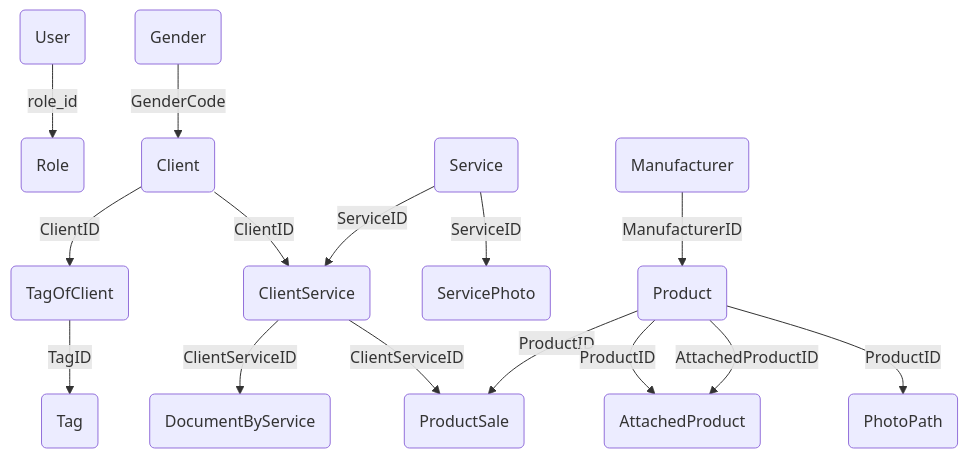
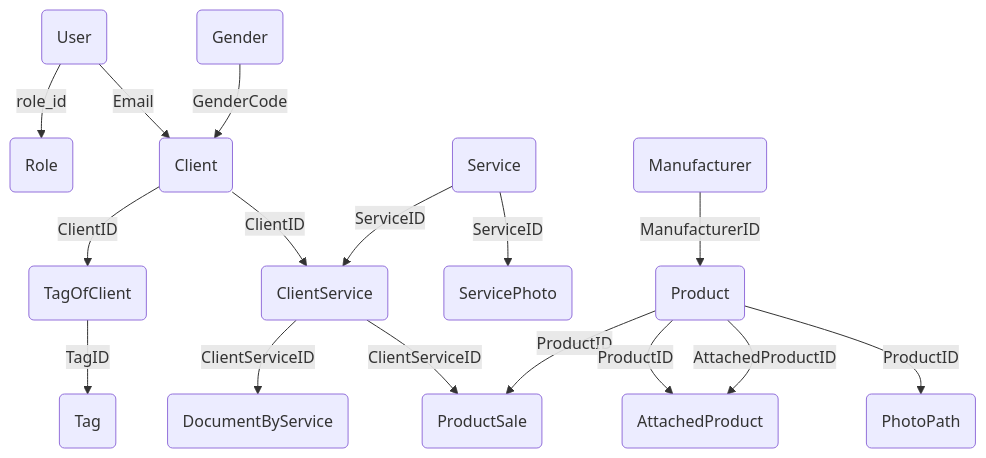
Before and after one commit to LayRosCloud/ListServicesApp: the diagram in README.md, drawn with Mermaid.

````diff
--- a/README.md
+++ b/README.md
@@ -63,17 +63,18 @@
 ```mermaid
 graph TD
     U(User)-->|role_id| R(Role)
+    U-->|Email|C
     C(Client)-->|ClientID| TOF
     TOF(TagOfClient)-->|TagID|T(Tag)
     G(Gender) --> |GenderCode| C
     C --> |ClientID| CS(ClientService)
     CS -->|ClientServiceID| DBS(DocumentByService)
     S(Service) -->|ServiceID|CS
     S -->|ServiceID|SP(ServicePhoto)
     CS -->|ClientServiceID|PS(ProductSale)
     P(Product)-->|ProductID|PS
     P-->|ProductID|AP(AttachedProduct)
     P-->|AttachedProductID|AP(AttachedProduct)
     P-->|ProductID| PP(PhotoPath)
     M(Manufacturer)-->|ManufacturerID| P
 ```
````
